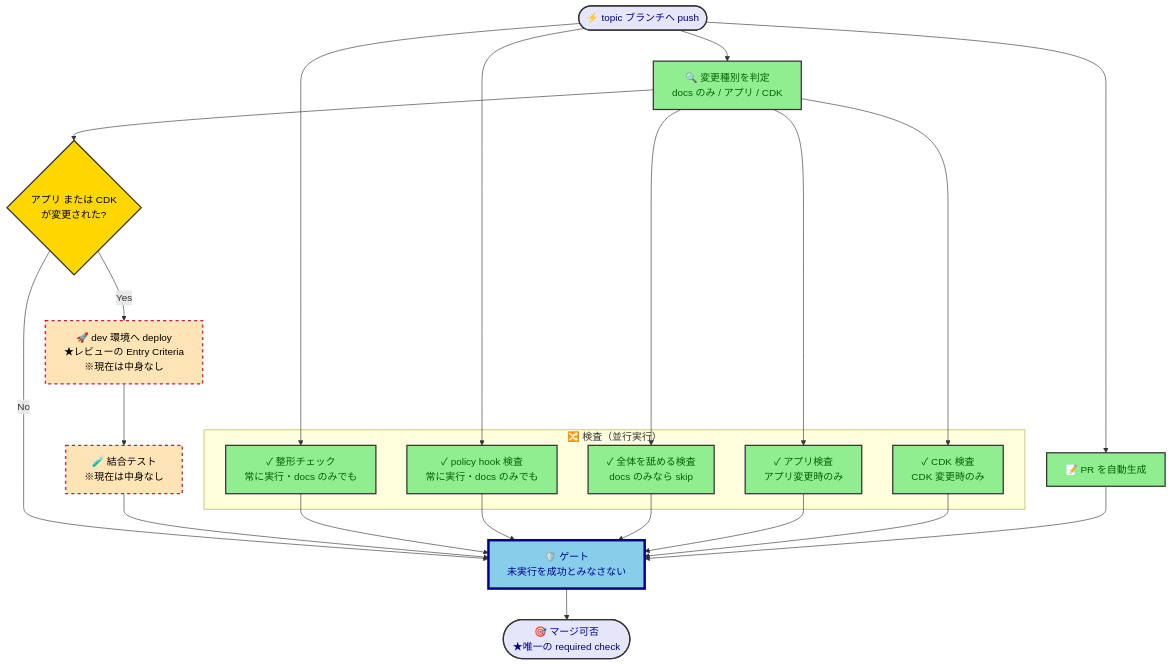
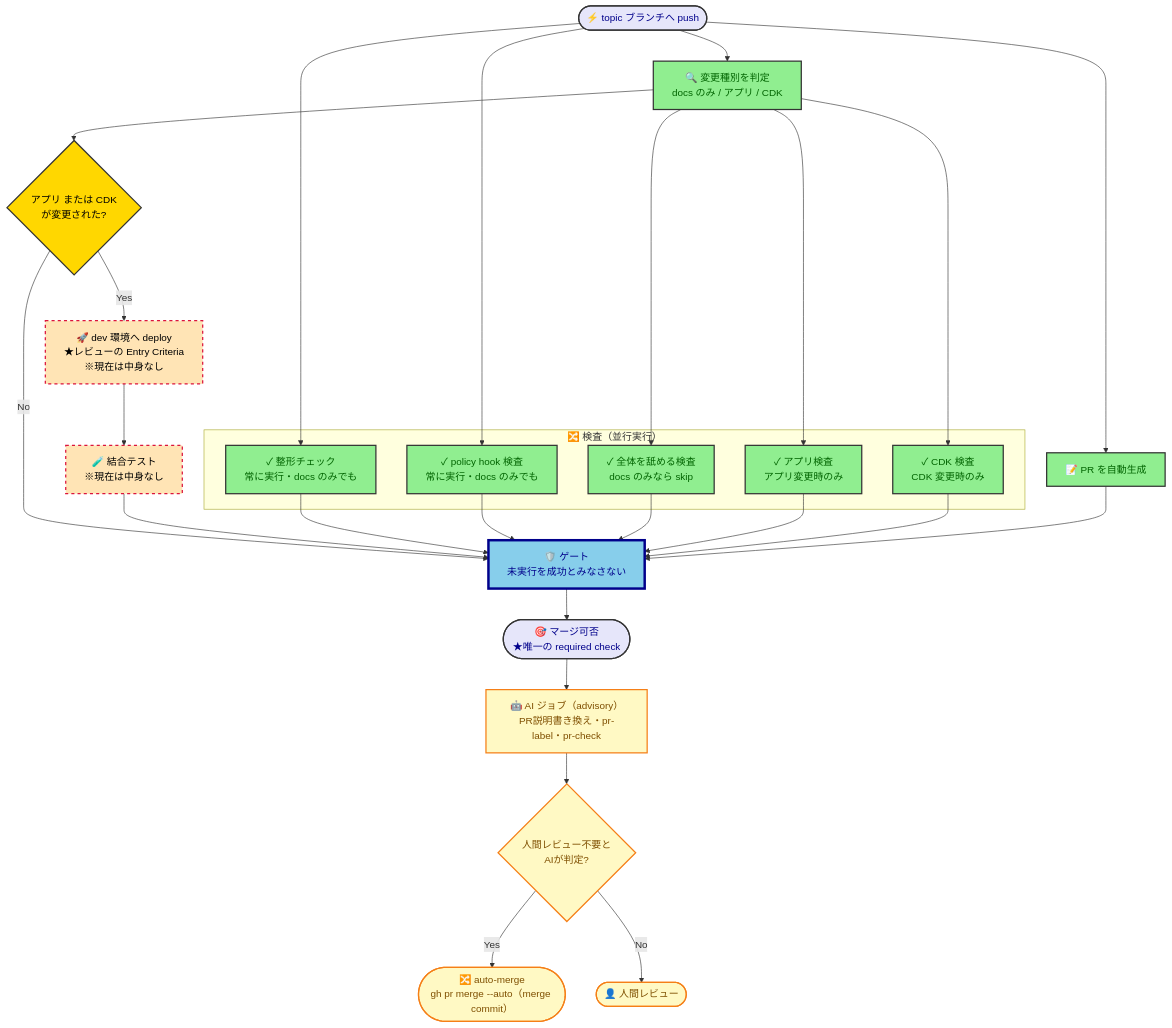
One commit to kasiopeiya/claude-dev-template changed the diagram in docs/design/cicd-design.md. Above: the diagram before and after it, drawn with Mermaid. The commit also changed other lines of this file and 2 other files, not shown here.

````diff
--- a/docs/design/cicd-design.md
+++ b/docs/design/cicd-design.md
@@ -22,50 +22,57 @@
 ```mermaid
 flowchart TD
     Push([⚡ topic ブランチへ push]) --> PR[📝 PR を自動生成]
     Push --> Detect[🔍 変更種別を判定<br/>docs のみ / アプリ / CDK]
     Push --> Format
     Push --> PolicyHook
 
     subgraph Checks["🔀 検査（並行実行）"]
         Format[✓ 整形チェック<br/>常に実行・docs のみでも]
         PolicyHook[✓ policy hook 検査<br/>常に実行・docs のみでも]
         Common[✓ 全体を舐める検査<br/>docs のみなら skip]
         App[✓ アプリ検査<br/>アプリ変更時のみ]
         Cdk[✓ CDK 検査<br/>CDK 変更時のみ]
     end
 
     Detect --> Common
     Detect --> App
     Detect --> Cdk
 
     Detect --> DeployCheck{アプリ または CDK<br/>が変更された?}
     Deploy["🚀 dev 環境へ deploy<br/>★レビューの Entry Criteria<br/>※現在は中身なし"]
     IT["🧪 結合テスト<br/>※現在は中身なし"]
     Gate["🛡️ ゲート<br/>未実行を成功とみなさない"]
 
     DeployCheck -->|No| Gate
     DeployCheck -->|Yes| Deploy
     Deploy --> IT
     IT --> Gate
 
     Format --> Gate
     PolicyHook --> Gate
     Common --> Gate
     App --> Gate
     Cdk --> Gate
     PR --> Gate
 
     Gate --> Merge([🎯 マージ可否<br/>★唯一の required check])
 
+    Merge --> AiJob["🤖 AI ジョブ（advisory）<br/>PR説明書き換え・pr-label・pr-check"]
+    AiJob --> AutoMergeCheck{人間レビュー不要と<br/>AIが判定?}
+    AutoMergeCheck -->|Yes| AutoMerge(["🔀 auto-merge<br/>gh pr merge --auto（merge commit）"])
+    AutoMergeCheck -->|No| HumanReview(["👤 人間レビュー"])
+
     classDef startEnd fill:#E6E6FA,stroke:#333,stroke-width:2px,color:darkblue
     classDef process fill:#90EE90,stroke:#333,stroke-width:2px,color:darkgreen
     classDef decision fill:#FFD700,stroke:#333,stroke-width:2px,color:black
     classDef gate fill:#87CEEB,stroke:#00008B,stroke-width:4px,color:darkblue
     classDef hollow fill:#FFE4B5,stroke:#DC143C,stroke-width:2px,stroke-dasharray: 5 5,color:black
+    classDef advisory fill:#FFF9C4,stroke:#F57F17,stroke-width:2px,color:#7f4f00
 
     class Push,Merge startEnd
     class PR,Detect,Format,PolicyHook,Common,App,Cdk process
     class DeployCheck decision
     class Deploy,IT hollow
     class Gate gate
+    class AiJob,AutoMergeCheck,AutoMerge,HumanReview advisory
 ```
````
